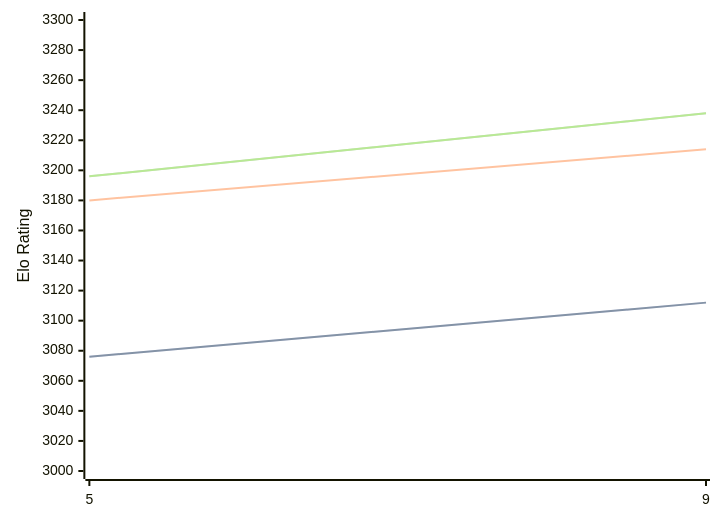
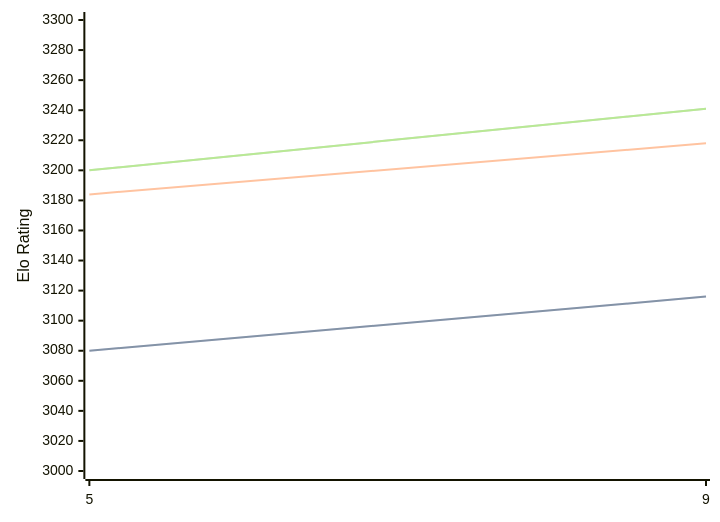
One commit to computer-chess-index/cci changed the diagram in engines/Crystal.md. Above: the diagram before and after it, drawn with Mermaid. The commit also changed other lines of this file, not shown here.

Commit message:
Update CCI Ratings (ELO VLTC) - 2026-02-24

````diff
--- a/engines/Crystal.md
+++ b/engines/Crystal.md
@@ -57,11 +57,11 @@
 ```mermaid
 %%{init: {"theme":"base","themeVariables":{"seriesColors:['#a3a3a3','#222221','#faa371']}}}%%
 xychart-beta
   x-axis ["5", "9"]
   y-axis "Elo Rating" 3000 --> 3300
-  line "STC (8.0+0.08s)" [3076, 3112]
-  line "STC (8.0+0.08s)" [3076, 3112]
-  line "LTC (60.0+0.60s)" [3180, 3214]
-  line "VLTC (2m24s+1.12s)" [3196, 3238]
-  line "VLTC (2m24s+1.12s)" [3196, 3238]
+  line "STC (8.0+0.08s)" [3080, 3116]
+  line "STC (8.0+0.08s)" [3080, 3116]
+  line "LTC (60.0+0.60s)" [3184, 3218]
+  line "VLTC (2m24s+1.12s)" [3200, 3241]
+  line "VLTC (2m24s+1.12s)" [3200, 3241]
 ```
````
